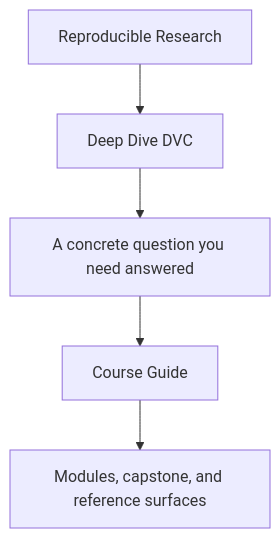
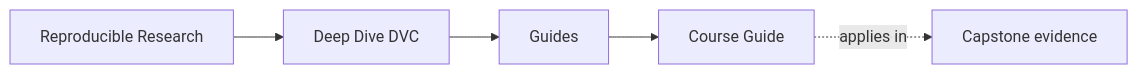
Before and after one commit to bijux/bijux-masterclass: the first of 2 diagrams in programs/reproducible-research/deep-dive-dvc/course-book/guides/course-guide.md, drawn with Mermaid. The commit also changed other lines of this file and 55 other files, not shown here.

Commit message:
docs(deep-dive-dvc): map reproducibility and pipeline foundations

````diff
--- a/programs/reproducible-research/deep-dive-dvc/course-book/guides/course-guide.md
+++ b/programs/reproducible-research/deep-dive-dvc/course-book/guides/course-guide.md
@@ -6,7 +6,11 @@
 ```mermaid
-flowchart TD
-  family["Reproducible Research"] --> program["Deep Dive DVC"]
-  program --> pressure["A concrete question you need answered"]
-  pressure --> guide["Course Guide"]
-  guide --> next["Modules, capstone, and reference surfaces"]
+graph LR
+  family["Reproducible Research"]
+  program["Deep Dive DVC"]
+  section["Guides"]
+  page["Course Guide"]
+  capstone["Capstone evidence"]
+
+  family --> program --> section --> page
+  page -.applies in.-> capstone
 ```
````
